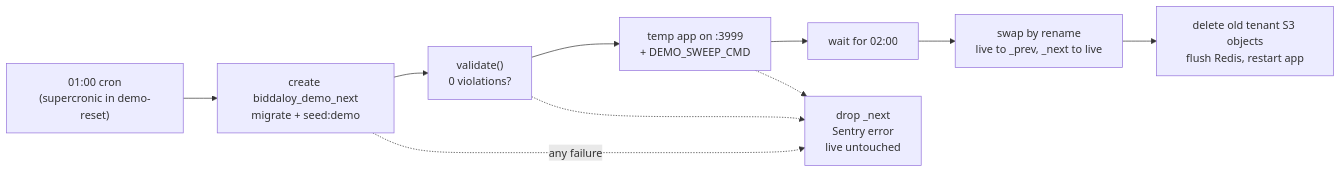
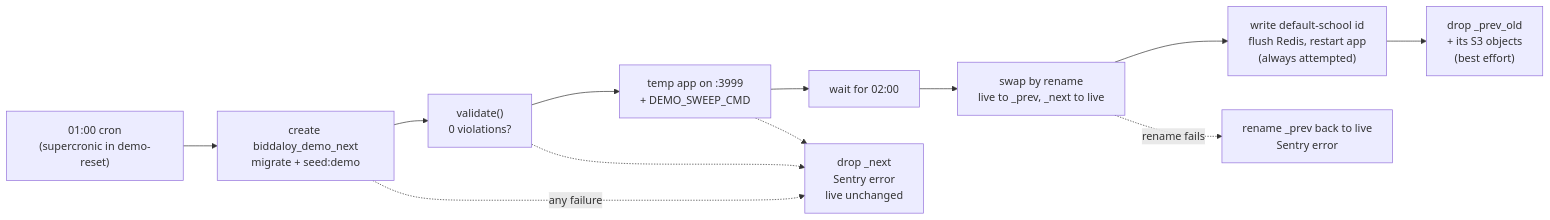
One commit to tareq89/biddaloy changed the third of 5 diagrams in docs/architecture/22-demo-seed.md. Above: the diagram before and after it, drawn with Mermaid. The commit also changed other lines of this file and 7 other files, not shown here.

````diff
--- a/docs/architecture/22-demo-seed.md
+++ b/docs/architecture/22-demo-seed.md
@@ -179,12 +179,14 @@
 ```mermaid
 flowchart LR
   A["01:00 cron<br/>(supercronic in demo-reset)"] --> B["create biddaloy_demo_next<br/>migrate + seed:demo"]
   B --> C["validate()<br/>0 violations?"]
   C --> D["temp app on :3999<br/>+ DEMO_SWEEP_CMD"]
   D --> E["wait for 02:00"]
   E --> F["swap by rename<br/>live to _prev, _next to live"]
-  F --> G["delete old tenant S3 objects<br/>flush Redis, restart app"]
-  B -. any failure .-> X["drop _next<br/>Sentry error<br/>live untouched"]
+  F --> G["write default-school id<br/>flush Redis, restart app<br/>(always attempted)"]
+  G --> H["drop _prev_old<br/>+ its S3 objects<br/>(best effort)"]
+  B -. any failure .-> X["drop _next<br/>Sentry error<br/>live unchanged"]
   C -.-> X
   D -.-> X
+  F -. rename fails .-> R["rename _prev back to live<br/>Sentry error"]
 ```
````
